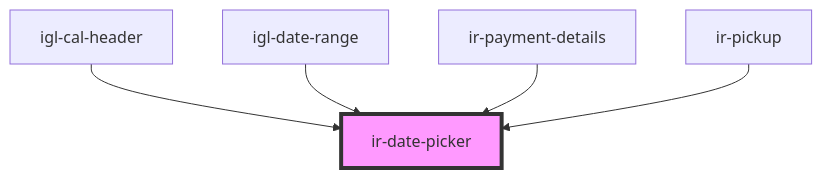
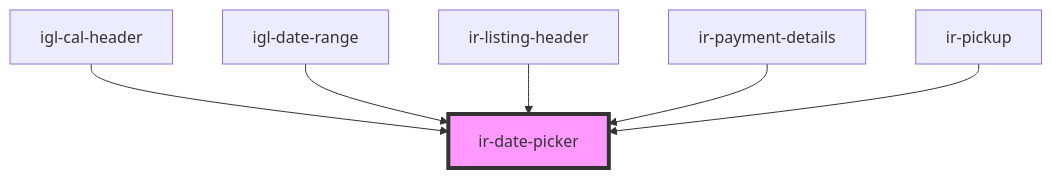
Before and after one commit to David1Chowaifaty/modified-ir-webcmp: the diagram in src/components/ir-date-picker/readme.md, drawn with Mermaid. The commit also changed other lines of this file and 18 other files, not shown here.

````diff
--- a/src/components/ir-date-picker/readme.md
+++ b/src/components/ir-date-picker/readme.md
@@ -51,8 +65,9 @@
 ```mermaid
 graph TD;
   igl-cal-header --> ir-date-picker
   igl-date-range --> ir-date-picker
+  ir-listing-header --> ir-date-picker
   ir-payment-details --> ir-date-picker
   ir-pickup --> ir-date-picker
   style ir-date-picker fill:#f9f,stroke:#333,stroke-width:4px
 ```
````
